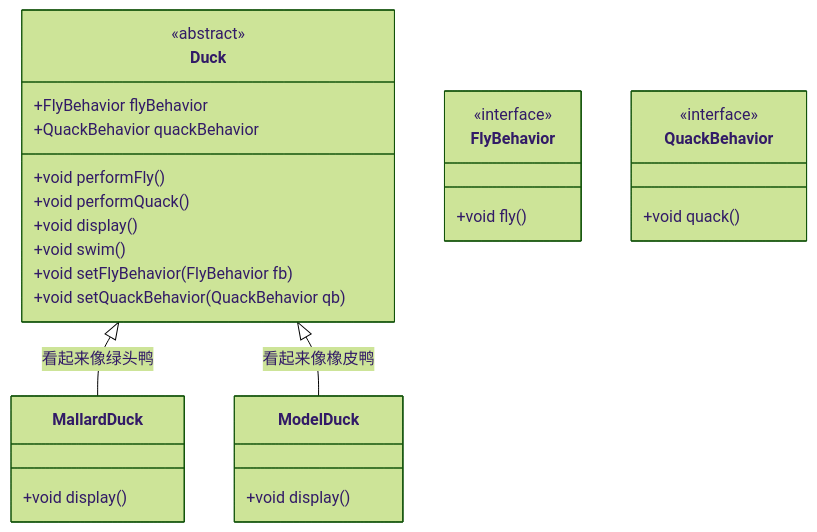
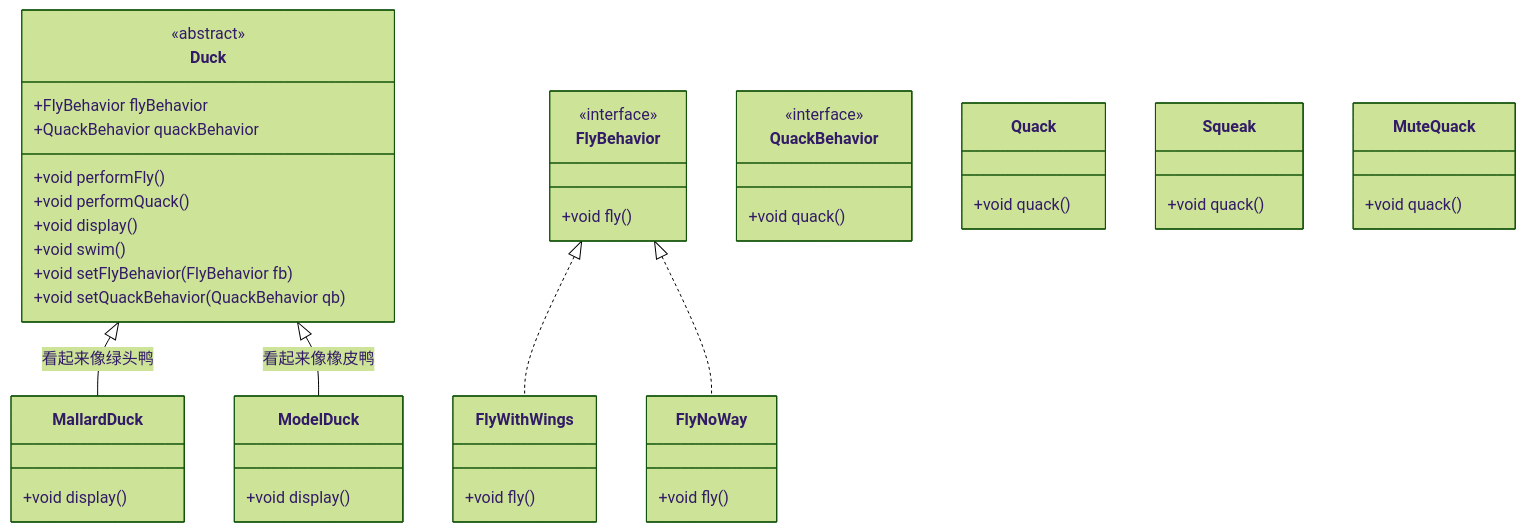
One commit to poppop9/obsidian changed the first of 2 diagrams in 计算机/设计模式/2-3 行为型模式.md. Above: the diagram before and after it, drawn with Mermaid (forest theme). The commit also changed other lines of this file and 3 other files, not shown here.

````diff
--- a/计算机/设计模式/2-3 行为型模式.md
+++ b/计算机/设计模式/2-3 行为型模式.md
@@ -20,34 +20,54 @@
 ```mermaid
 classDiagram
     class Duck {
 		<<abstract>>
 		+FlyBehavior flyBehavior
 		+QuackBehavior quackBehavior
 		+void performFly()
 		+void performQuack()
 		+void display()
 		+void swim()
 		+void setFlyBehavior(FlyBehavior fb)
 		+void setQuackBehavior(QuackBehavior qb)
     }
     
     class MallardDuck {
         +void display()
     }
     class ModelDuck {
         +void display()
     }
     
     Duck <|-- MallardDuck : 看起来像绿头鸭
     Duck <|-- ModelDuck : 看起来像橡皮鸭
 
-
+	%% 飞行接口
 	class FlyBehavior {
 		<<interface>>
         +void fly()
     }
+	class FlyWithWings {
+		+void fly()
+	}
+	class FlyNoWay {
+		+void fly()
+	}
+	FlyBehavior <|.. FlyWithWings
+	FlyBehavior <|.. FlyNoWay
+
+
+    %% 叫声接口
     class QuackBehavior {
 	    <<interface>>
         +void quack()
     }
+    class Quack {
+	    +void quack()
+    }
+    class Squeak {
+	    +void quack()
+    }
+    class MuteQuack {
+	    +void quack()
+    }
 ```
````
